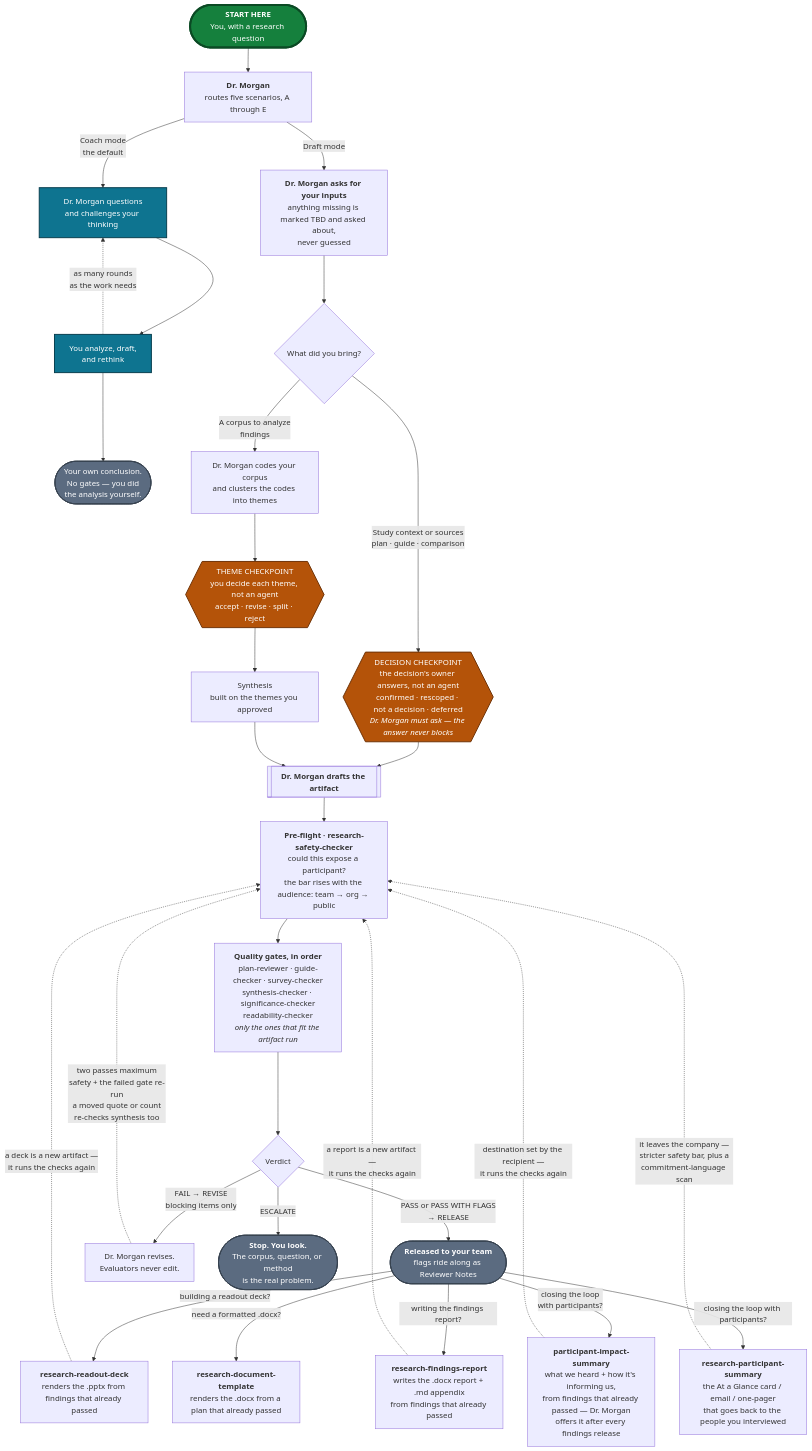
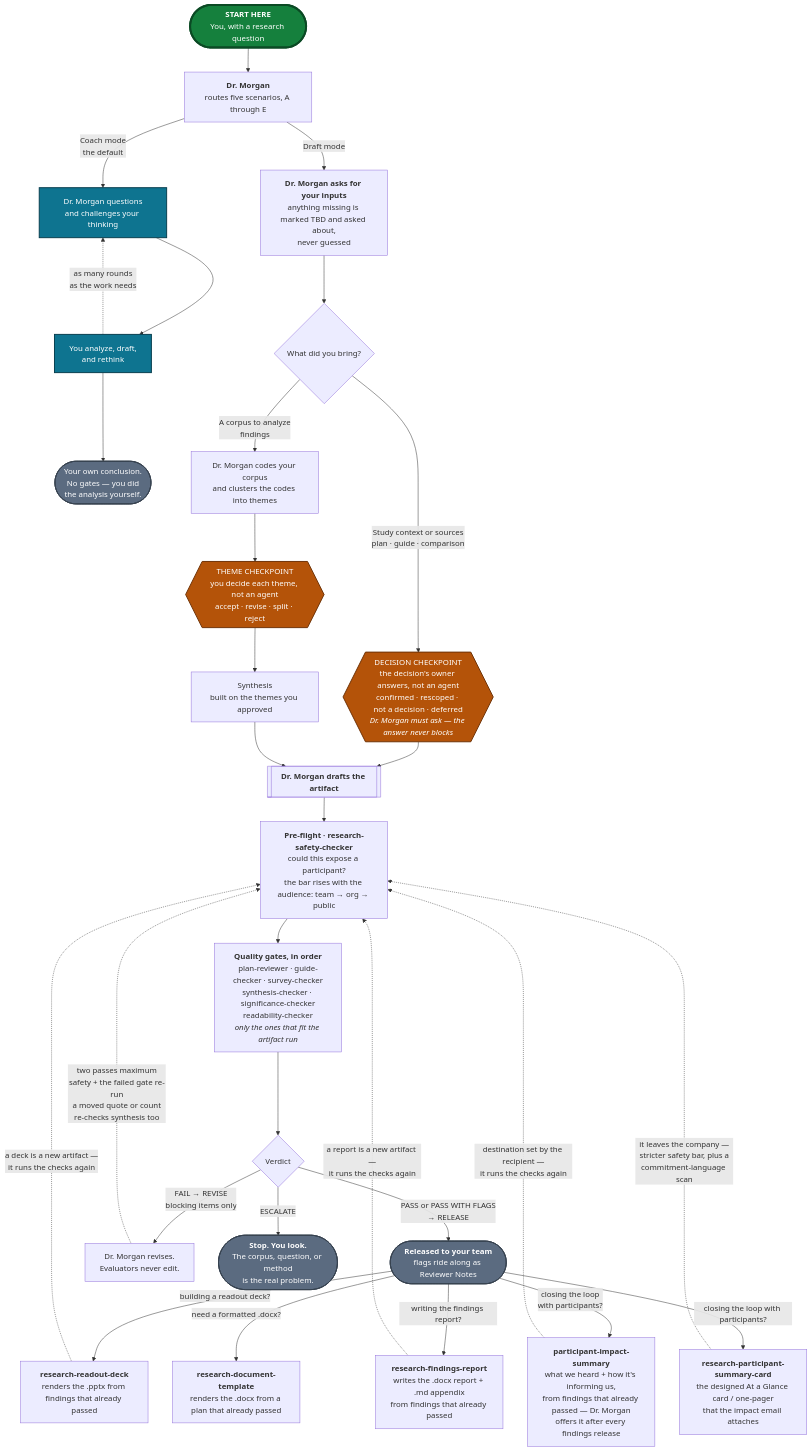
The diagram in README.md (kirstenhosic/UX-Research-Skills-IBM-Secure), drawn with Mermaid before and after one commit. The commit also changed other lines of this file and 13 other files, not shown here.

First line of the commit message:
Rename research-participant-summary to research-participant-summary-card

````diff
--- a/README.md
+++ b/README.md
@@ -269,62 +269,62 @@
 ```mermaid
 flowchart TD
     START(["<b>START HERE</b><br/>You, with a research question"])
     START --> DM
 
     DM["<b>Dr. Morgan</b><br/>routes five scenarios, A through E"]
 
     DM -->|"Coach mode<br/>the default"| COACH["Dr. Morgan questions<br/>and challenges your thinking"]
     COACH --> WORK["You analyze, draft,<br/>and rethink"]
     WORK -.->|"as many rounds<br/>as the work needs"| COACH
     WORK --> ENDC(["Your own conclusion.<br/>No gates — you did<br/>the analysis yourself."])
 
     DM -->|"Draft mode"| IN["<b>Dr. Morgan asks for your inputs</b><br/>anything missing is marked TBD and asked about,<br/>never guessed"]
     IN --> Q{"What did you bring?"}
 
     ART[["<b>Dr. Morgan drafts the artifact</b>"]]
     CL["Dr. Morgan codes your corpus<br/>and clusters the codes into themes"]
 
     Q -->|"Study context or sources<br/>plan · guide · comparison"| DC
     Q -->|"A corpus to analyze<br/>findings"| CL
 
     DC{{"DECISION CHECKPOINT<br/>the decision's owner answers, not an agent<br/>confirmed · rescoped · not a decision · deferred<br/><i>Dr. Morgan must ask — the answer never blocks</i>"}}
     DC --> ART
 
     CL --> TC{{"THEME CHECKPOINT<br/>you decide each theme, not an agent<br/>accept · revise · split · reject"}}
     TC --> SY["Synthesis<br/>built on the themes you approved"]
     SY --> ART
 
     ART --> PF["<b>Pre-flight · research-safety-checker</b><br/>could this expose a participant?<br/>the bar rises with the audience: team → org → public"]
     PF --> G["<b>Quality gates, in order</b><br/>plan-reviewer · guide-checker · survey-checker<br/>synthesis-checker · significance-checker<br/>readability-checker<br/><i>only the ones that fit the artifact run</i>"]
     G --> V{"Verdict"}
 
     V -->|"PASS or PASS WITH FLAGS<br/>→ RELEASE"| ENDR(["<b>Released to your team</b><br/>flags ride along as Reviewer Notes"])
 
     V -->|"FAIL → REVISE<br/>blocking items only"| RV["Dr. Morgan revises.<br/>Evaluators never edit."]
     RV -.->|"two passes maximum<br/>safety + the failed gate re-run<br/>a moved quote or count<br/>re-checks synthesis too"| PF
 
     V -->|"ESCALATE"| ENDE(["<b>Stop. You look.</b><br/>The corpus, question, or method<br/>is the real problem."])
 
     ENDR -->|"building a readout deck?"| SK["<b>research-readout-deck</b><br/>renders the .pptx from findings that already passed"]
     SK -.->|"a deck is a new artifact —<br/>it runs the checks again"| PF
 
     ENDR -->|"writing the findings report?"| RPT["<b>research-findings-report</b><br/>writes the .docx report + .md appendix<br/>from findings that already passed"]
     RPT -.->|"a report is a new artifact —<br/>it runs the checks again"| PF
 
     ENDR -->|"closing the loop<br/>with participants?"| CIS["<b>participant-impact-summary</b><br/>what we heard + how it's informing us,<br/>from findings that already passed — Dr. Morgan<br/>offers it after every findings release"]
     CIS -.->|"destination set by the recipient —<br/>it runs the checks again"| PF
 
     ENDR -->|"need a formatted .docx?"| DOC["<b>research-document-template</b><br/>renders the .docx from a plan that already passed"]
 
-    ENDR -->|"closing the loop with participants?"| PS["<b>research-participant-summary</b><br/>the At a Glance card / email / one-pager<br/>that goes back to the people you interviewed"]
+    ENDR -->|"closing the loop with participants?"| PS["<b>research-participant-summary-card</b><br/>the designed At a Glance card / one-pager<br/>that the impact email attaches"]
     PS -.->|"it leaves the company —<br/>stricter safety bar, plus a<br/>commitment-language scan"| PF
 
     classDef entry  fill:#15803D,stroke:#0B4A24,stroke-width:4px,color:#FFFFFF
     classDef coach  fill:#0E7490,stroke:#083F4F,stroke-width:2px,color:#FFFFFF
     classDef human  fill:#B45309,stroke:#6E3206,stroke-width:2px,color:#FFFFFF
     classDef ending fill:#5B6B80,stroke:#37424F,stroke-width:2px,color:#FFFFFF
     class START entry
     class COACH,WORK coach
     class TC,DC human
     class ENDC,ENDR,ENDE ending
 ```
````
